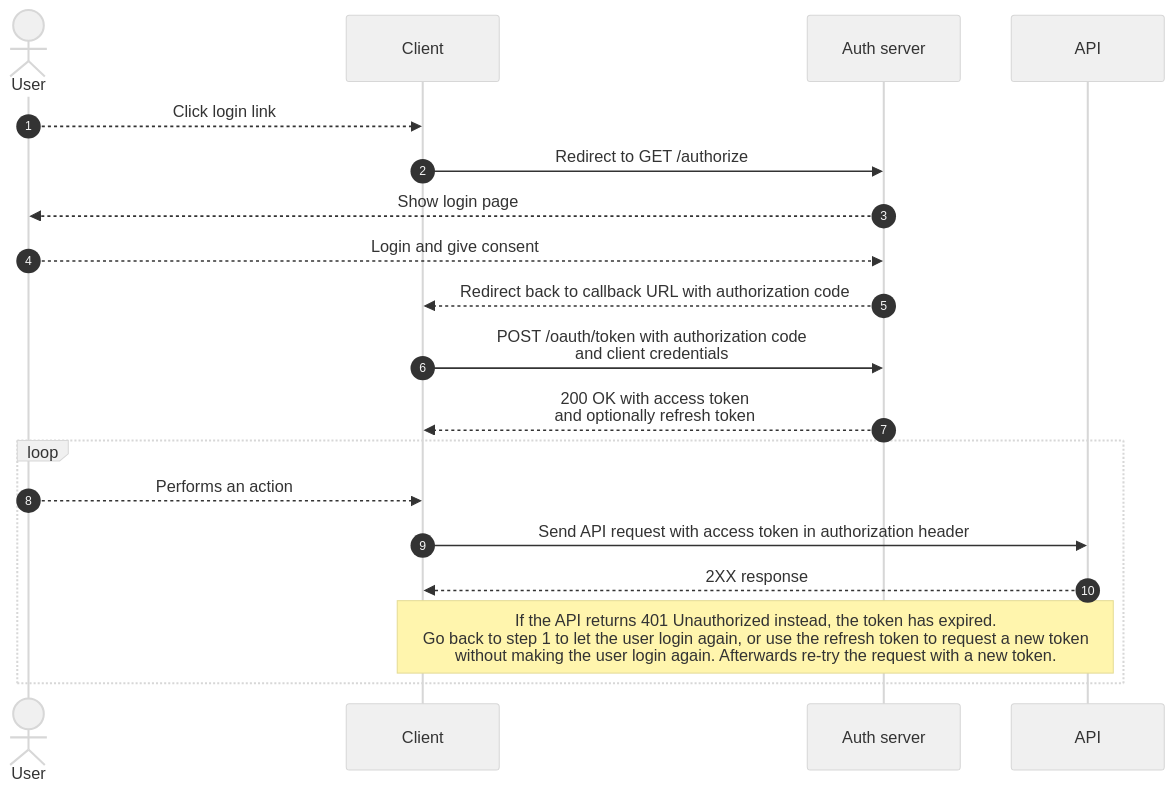
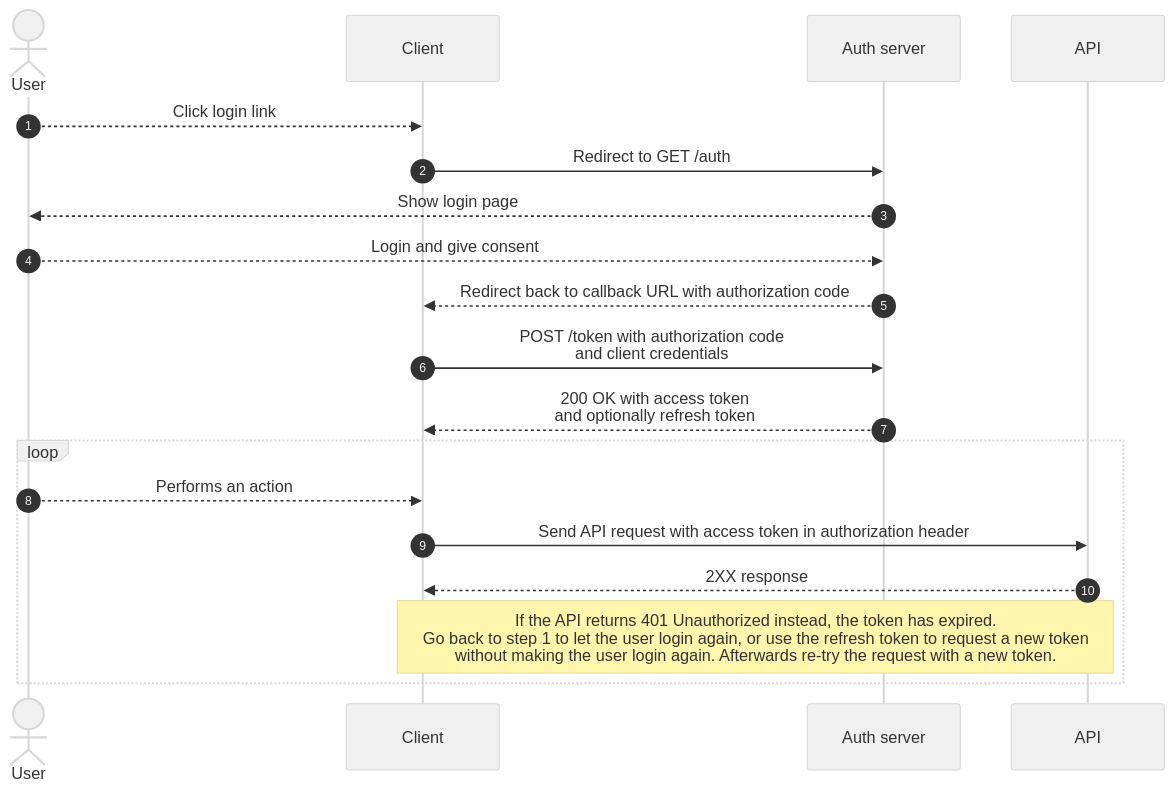
One commit to cultuurnet/apidocs changed the first of 2 diagrams in projects/authentication/docs/user-access-token.md. Above: the diagram before and after it, drawn with Mermaid. The commit also changed other lines of this file, not shown here.

Commit message:
PK-41 update user access token documentation to keycloak

````diff
--- a/projects/authentication/docs/user-access-token.md
+++ b/projects/authentication/docs/user-access-token.md
@@ -36,19 +48,19 @@
 ```mermaid
 %%{init: {'theme':'base', 'themeVariables': { 'primaryColor': '#f0f0f0', 'fontFamily': 'Helvetica' }, 'sequence': { 'actorFontFamily': 'Helvetica', 'noteFontFamily': 'Helvetica', 'messageFontFamily': 'Helvetica' } }}%%
 sequenceDiagram
     autonumber
     actor User
     User-->>Client: Click login link
-    Client->>Auth server: Redirect to GET /authorize
+    Client->>Auth server: Redirect to GET /auth
     Auth server-->>User: Show login page
     User-->>Auth server: Login and give consent
     Auth server-->>Client: Redirect back to callback URL with authorization code
-    Client->>Auth server: POST /oauth/token with authorization code<br /> and client credentials
+    Client->>Auth server: POST /token with authorization code<br /> and client credentials
     Auth server-->>Client: 200 OK with access token<br /> and optionally refresh token
     loop
         User-->>Client: Performs an action
         Client->>API: Send API request with access token in authorization header
         API-->>Client: 2XX response
         note over API,Client: If the API returns 401 Unauthorized instead, the token has expired.<br />Go back to step 1 to let the user login again, or use the refresh token to request a new token<br />without making the user login again. Afterwards re-try the request with a new token.
     end
 ```
````
